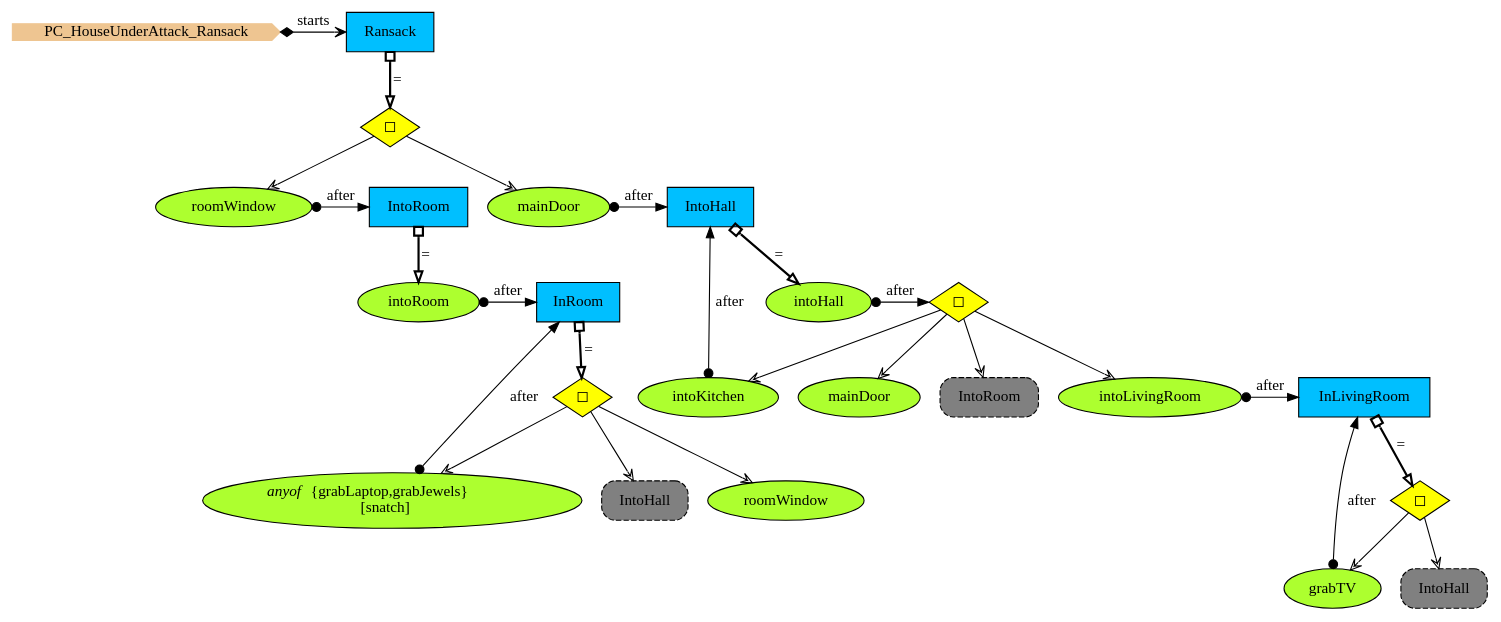
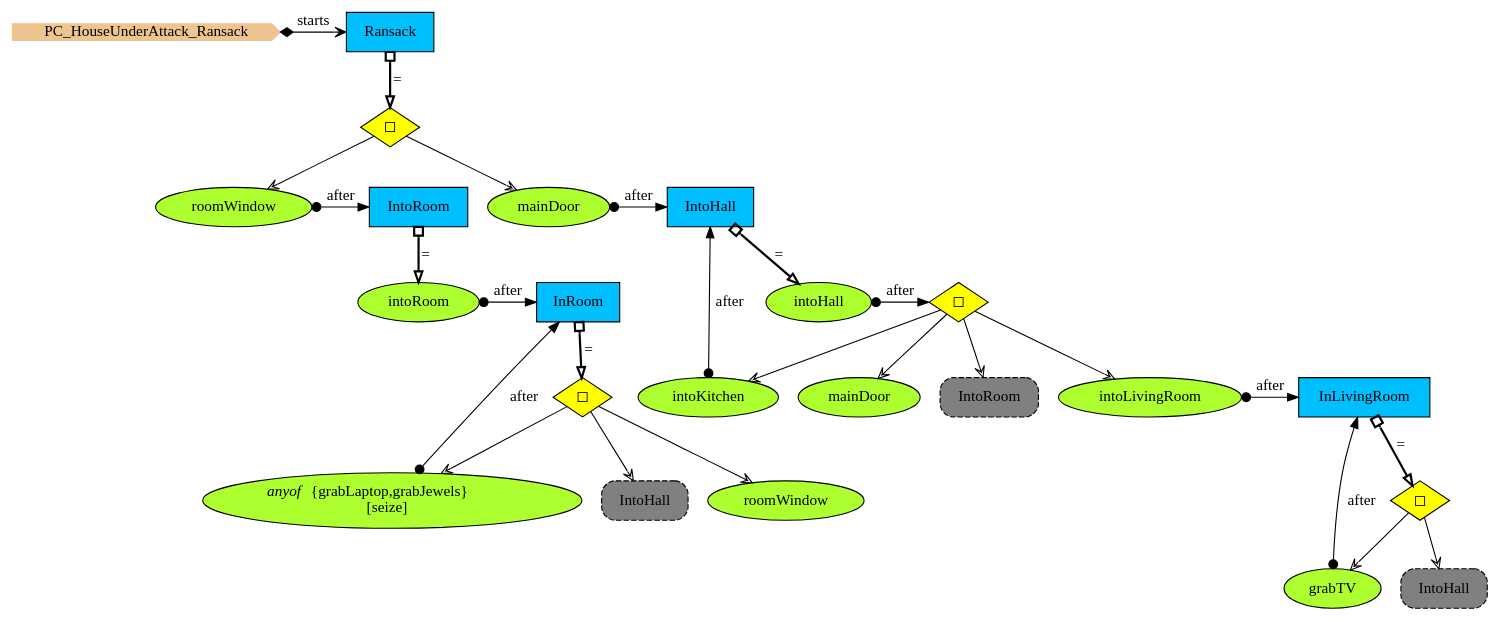
Before and after one commit to namalio/Fragmenta_PCs: the diagram in Haskell/PCs/PCs/img/PC_HouseUnderAttack_Ransack.gv, drawn with Graphviz. The commit also changed 3 other files, not shown here.

```diff
--- a/Haskell/PCs/PCs/img/PC_HouseUnderAttack_Ransack.gv
+++ b/Haskell/PCs/PCs/img/PC_HouseUnderAttack_Ransack.gv
@@ -1,61 +1,61 @@
 digraph {
 StartN_ [shape = cds,color=burlywood2,style=filled,height=.2,width=.2, label =PC_HouseUnderAttack_Ransack];
 RefIntoHall2 [shape=rectangle,fillcolor=gray,style="rounded,filled,dashed",label="IntoHall "];
 roomWindow2 [shape=ellipse,fillcolor=greenyellow,style = filled,label="roomWindow"];
-snatch [shape=ellipse,fillcolor=greenyellow,style = filled,label=<<I>anyof</I> {grabLaptop,grabJewels}<br/>[snatch]>];
+seize [shape=ellipse,fillcolor=greenyellow,style = filled,label=<<I>anyof</I> {grabLaptop,grabJewels}<br/>[seize]>];
 OpInRoom [shape=diamond,fillcolor=yellow,style = filled,label="◻︎"];
 InRoom [shape=box,fillcolor=deepskyblue,style = filled,label="InRoom "];
 intoRoom [shape=ellipse,fillcolor=greenyellow,style = filled,label="intoRoom"];
 grabTV [shape=ellipse,fillcolor=greenyellow,style = filled,label="grabTV"];
 RefIntoHall [shape=rectangle,fillcolor=gray,style="rounded,filled,dashed",label="IntoHall "];
 InLivingRoom [shape=box,fillcolor=deepskyblue,style = filled,label="InLivingRoom "];
 OpInLivingRoom [shape=diamond,fillcolor=yellow,style = filled,label="◻︎"];
 mainDoor2 [shape=ellipse,fillcolor=greenyellow,style = filled,label="mainDoor"];
 RefIntoRoom [shape=rectangle,fillcolor=gray,style="rounded,filled,dashed",label="IntoRoom "];
 intoKitchen [shape=ellipse,fillcolor=greenyellow,style = filled,label="intoKitchen"];
 intoLivingRoom [shape=ellipse,fillcolor=greenyellow,style = filled,label="intoLivingRoom"];
 OpInHall [shape=diamond,fillcolor=yellow,style = filled,label="◻︎"];
 IntoRoom [shape=box,fillcolor=deepskyblue,style = filled,label="IntoRoom "];
 IntoHall [shape=box,fillcolor=deepskyblue,style = filled,label="IntoHall "];
 intoHall [shape=ellipse,fillcolor=greenyellow,style = filled,label="intoHall"];
 roomWindow [shape=ellipse,fillcolor=greenyellow,style = filled,label="roomWindow"];
 mainDoor [shape=ellipse,fillcolor=greenyellow,style = filled,label="mainDoor"];
 Ransack [shape=box,fillcolor=deepskyblue,style = filled,label="Ransack "];
 OpInHouse [shape=diamond,fillcolor=yellow,style = filled,label="◻︎"];
 
 {rank=min;StartN_,Ransack}
 {rank=same;mainDoor,IntoHall}
 {rank=same;roomWindow,IntoRoom}
 {rank=same;intoHall,OpInHall}
 {rank=same;intoLivingRoom,InLivingRoom}
 {rank=same;intoRoom,InRoom}
 
 OpInRoom->RefIntoHall2[arrowhead="vee",fillcolor=white];
 
-snatch->InRoom[arrowtail=dot,dir=both,label="after"];
+seize->InRoom[arrowtail=dot,dir=both,label="after"];
 OpInRoom->roomWindow2[arrowhead="vee",fillcolor=white];
-OpInRoom->snatch[arrowhead="vee",fillcolor=white];
+OpInRoom->seize[arrowhead="vee",fillcolor=white];
 intoRoom->InRoom[arrowtail=dot,dir=both,label="after"];
 grabTV->InLivingRoom[arrowtail=dot,dir=both,label="after"];
 OpInLivingRoom->grabTV[arrowhead="vee",fillcolor=white];
 OpInLivingRoom->RefIntoHall[arrowhead="vee",fillcolor=white];
 
 intoLivingRoom->InLivingRoom[arrowtail=dot,dir=both,label="after"];
 intoKitchen->IntoHall[arrowtail=dot,dir=both,label="after"];
 OpInHall->mainDoor2[arrowhead="vee",fillcolor=white];
 OpInHall->RefIntoRoom[arrowhead="vee",fillcolor=white];
 
 OpInHall->intoKitchen[arrowhead="vee",fillcolor=white];
 OpInHall->intoLivingRoom[arrowhead="vee",fillcolor=white];
 intoHall->OpInHall[arrowtail=dot,dir=both,label="after"];
 roomWindow->IntoRoom[arrowtail=dot,dir=both,label="after"];
 mainDoor->IntoHall[arrowtail=dot,dir=both,label="after"];
 OpInHouse->roomWindow[arrowhead="vee",fillcolor=white];
 OpInHouse->mainDoor[arrowhead="vee",fillcolor=white];
 StartN_->Ransack[arrowhead="open",arrowtail=diamond,dir=both,label="starts"];
 InRoom->OpInRoom[arrowhead="onormal",dir=both,arrowtail=obox,penwidth=2,label="="];
 InLivingRoom->OpInLivingRoom[arrowhead="onormal",dir=both,arrowtail=obox,penwidth=2,label="="];
 IntoRoom->intoRoom[arrowhead="onormal",dir=both,arrowtail=obox,penwidth=2,label="="];
 IntoHall->intoHall[arrowhead="onormal",dir=both,arrowtail=obox,penwidth=2,label="="];
 Ransack->OpInHouse[arrowhead="onormal",dir=both,arrowtail=obox,penwidth=2,label="="];
 }
```
